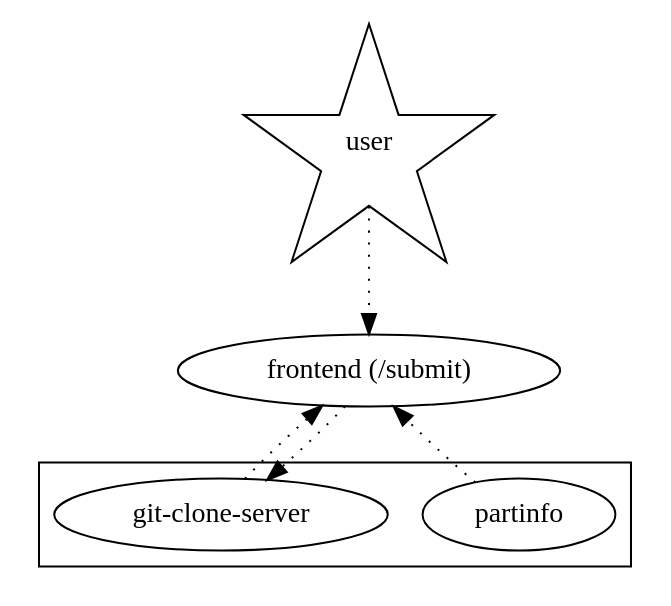
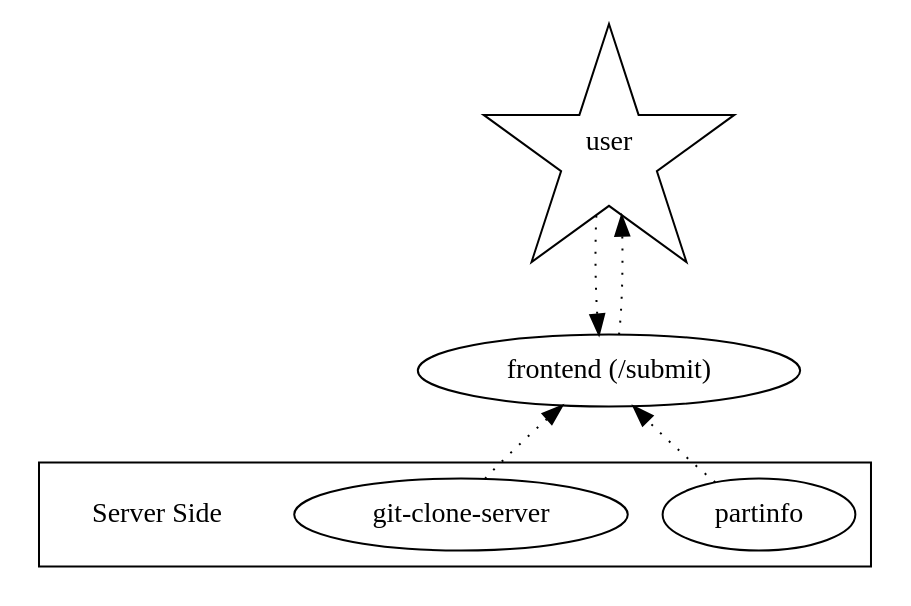
One commit to kitspace/kitspace changed the diagram in docs/current.dot. Above: the diagram before and after it, drawn with Graphviz. The commit also changed 3 other files, not shown here.

Commit message:
Tweak diagrams

```diff
--- a/docs/current.dot
+++ b/docs/current.dot
@@ -1,13 +1,15 @@
 digraph current {
     edge [style=dotted];
     user [shape=star];
     user -> "frontend (/submit)";
+    "frontend (/submit)" -> user;
     partinfo -> "frontend (/submit)";
-    "frontend (/submit)" -> "git-clone-server";
+    "frontend (/submit)" -> "git-clone-server" [dir=none; style=invisible];
     "frontend (/submit)" -> partinfo [dir=none;style=invisible];
     "git-clone-server" -> "frontend (/submit)";
     subgraph cluster_01 {
+        "Server Side" [shape=none];
         partinfo;
         "git-clone-server";
     }
 }
```
